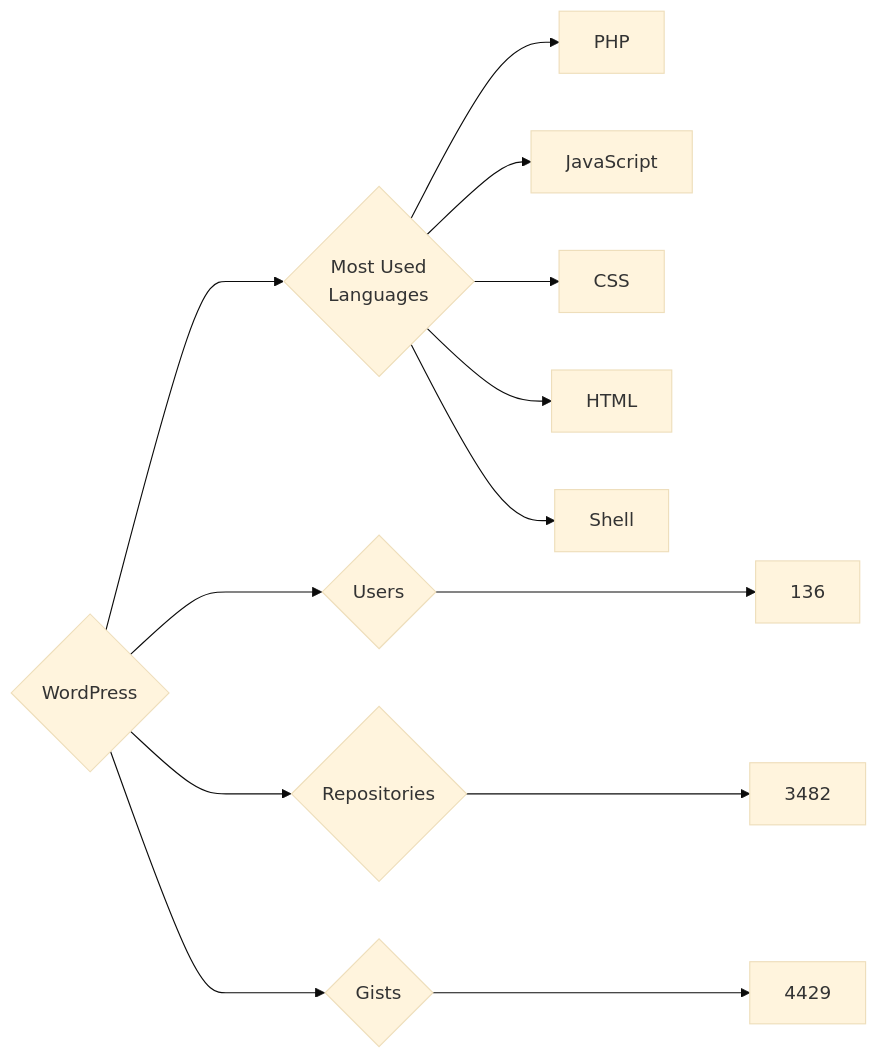
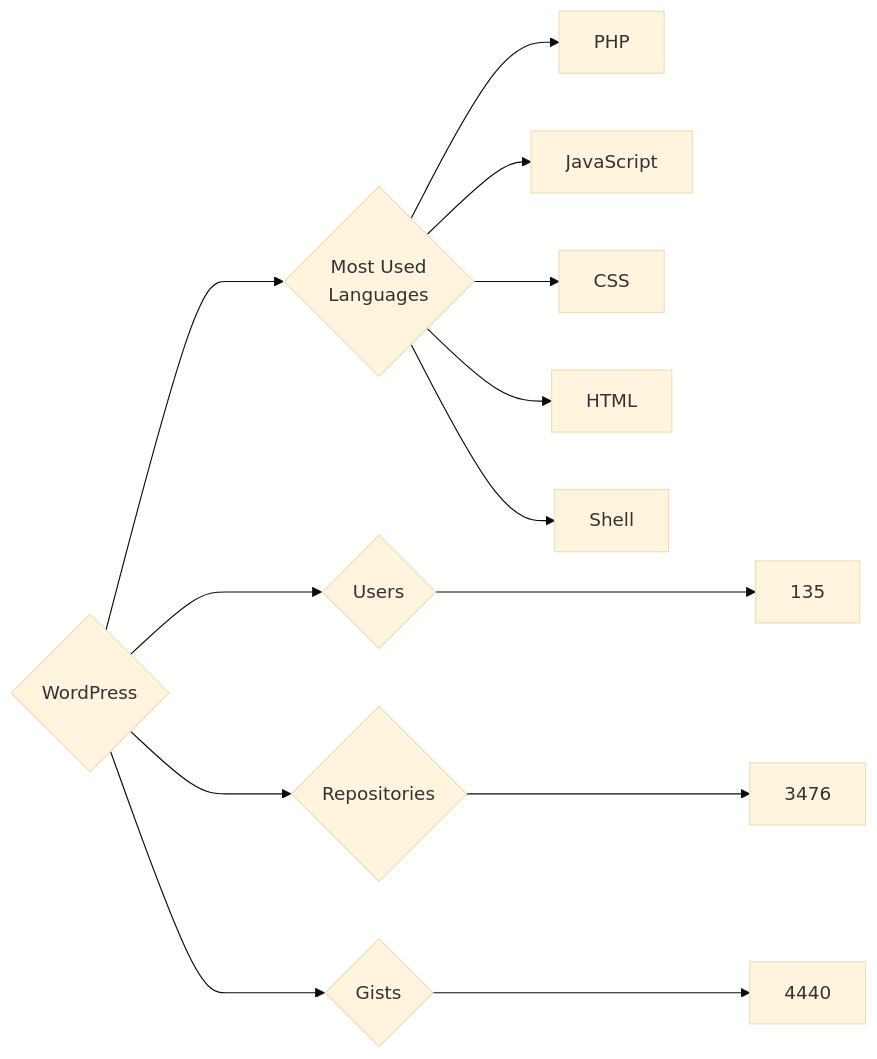
One commit to trickest/insiders changed the diagram in targets/WordPress/README.md. Above: the diagram before and after it, drawn with Mermaid (base theme). The commit also changed 806 other files, not shown here.

````diff
--- a/targets/WordPress/README.md
+++ b/targets/WordPress/README.md
@@ -3,13 +3,13 @@
 ```mermaid
 graph LR
 COMPANY_NAME{WordPress}
-COMPANY_NAME ---> U{Users} ---> UN[136]
-COMPANY_NAME ---> R{Repositories} ---> RN[3482]
-COMPANY_NAME ---> G{Gists} ---> GN[4429]
+COMPANY_NAME ---> U{Users} ---> UN[135]
+COMPANY_NAME ---> R{Repositories} ---> RN[3476]
+COMPANY_NAME ---> G{Gists} ---> GN[4440]
 COMPANY_NAME ---> ML{Most Used<br>Languages}
 ML --> PHP[PHP]
 ML --> JavaScript[JavaScript]
 ML --> CSS[CSS]
 ML --> HTML[HTML]
 ML --> Shell[Shell]
 ```
````
